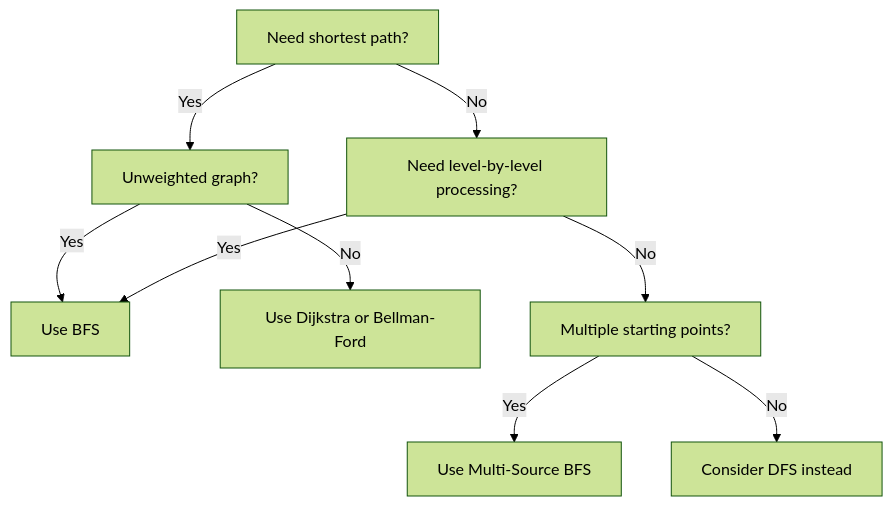
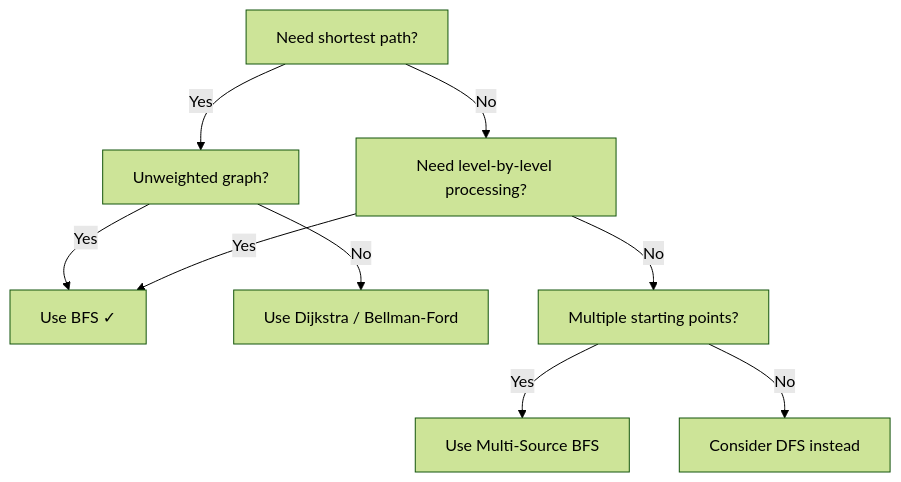
Before and after one commit to tomzaku/perp-ef: the first of 4 diagrams in src/content/learning-paths/bfs-dfs.md, drawn with Mermaid (forest theme). The commit also changed other lines of this file and 3 other files, not shown here.

Commit message:
feat: add graphs data

````diff
--- a/src/content/learning-paths/bfs-dfs.md
+++ b/src/content/learning-paths/bfs-dfs.md
@@ -57,11 +132,11 @@
 ```mermaid
 flowchart TD
     A["Need shortest path?"] -->|Yes| B["Unweighted graph?"]
-    B -->|Yes| C["Use BFS"]
-    B -->|No| D["Use Dijkstra or Bellman-Ford"]
+    B -->|Yes| C["Use BFS ✓"]
+    B -->|No| D["Use Dijkstra / Bellman-Ford"]
     A -->|No| E["Need level-by-level processing?"]
     E -->|Yes| C
     E -->|No| F["Multiple starting points?"]
     F -->|Yes| G["Use Multi-Source BFS"]
     F -->|No| H["Consider DFS instead"]
 ```
````
